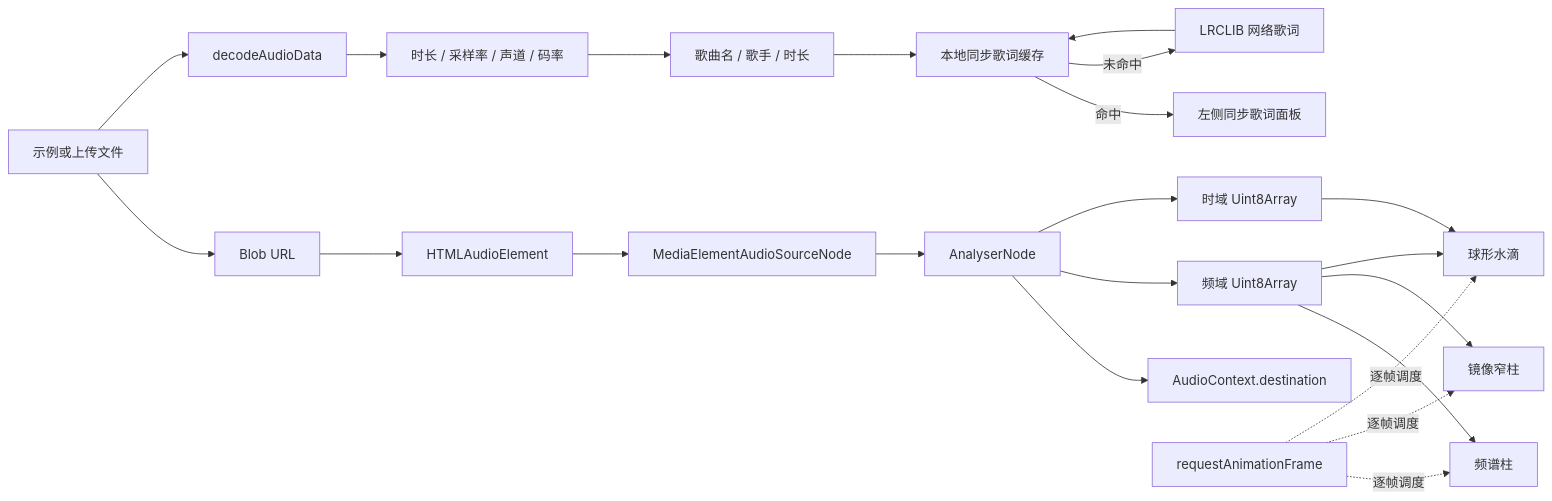
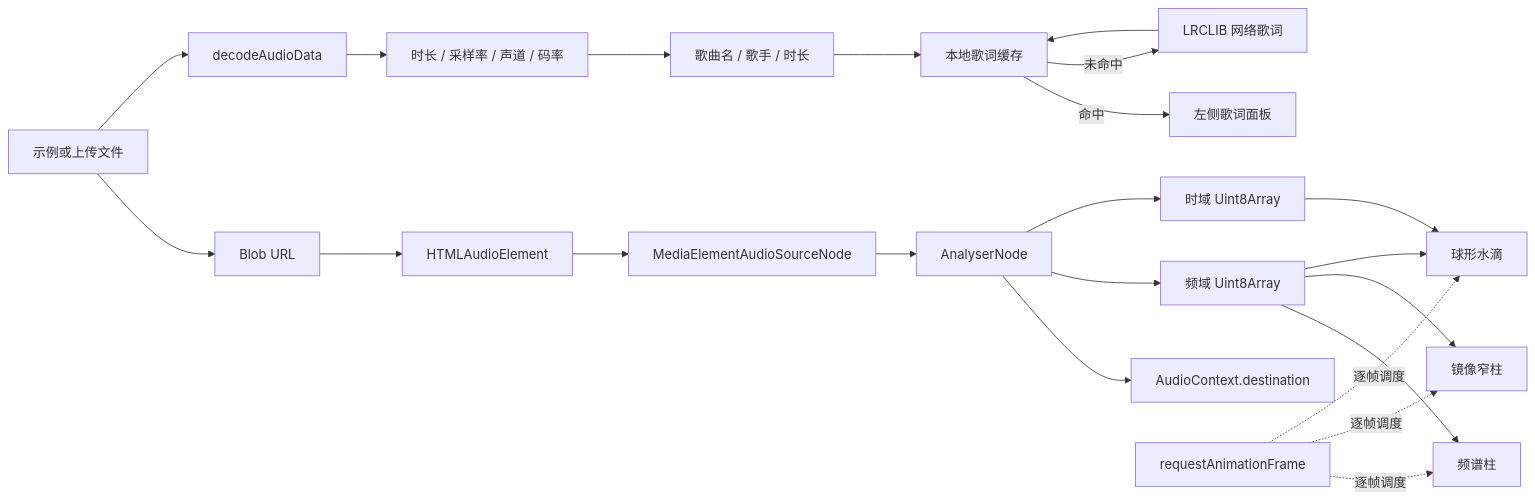
One commit to gylautorun/front-end-voice changed the diagram in src/pages/music/audio-visualizer/README.md. Above: the diagram before and after it, drawn with Mermaid. The commit also changed other lines of this file and 5 other files, not shown here.

````diff
--- a/src/pages/music/audio-visualizer/README.md
+++ b/src/pages/music/audio-visualizer/README.md
@@ -83,26 +83,26 @@
 ```mermaid
 flowchart LR
     File[示例或上传文件] --> BlobURL[Blob URL]
     BlobURL --> Audio[HTMLAudioElement]
     File --> Decode[decodeAudioData]
     Decode --> Metadata[时长 / 采样率 / 声道 / 码率]
     Metadata --> LyricsQuery[歌曲名 / 歌手 / 时长]
-    LyricsQuery --> LyricsCache[本地同步歌词缓存]
-    LyricsCache -->|命中| LyricsPanel[左侧同步歌词面板]
+    LyricsQuery --> LyricsCache[本地歌词缓存]
+    LyricsCache -->|命中| LyricsPanel[左侧歌词面板]
     LyricsCache -->|未命中| LRCLIB[LRCLIB 网络歌词]
     LRCLIB --> LyricsCache
 
     Audio --> Source[MediaElementAudioSourceNode]
     Source --> Analyser[AnalyserNode]
     Analyser --> Output[AudioContext.destination]
 
     Analyser --> Frequency[频域 Uint8Array]
     Analyser --> Time[时域 Uint8Array]
     Frequency --> Bars[频谱柱]
     Frequency --> Mirror[镜像窄柱]
     Frequency --> Orb[球形水滴]
     Time --> Orb
     RAF[requestAnimationFrame] -.逐帧调度.-> Bars
     RAF -.逐帧调度.-> Mirror
     RAF -.逐帧调度.-> Orb
 ```
````
